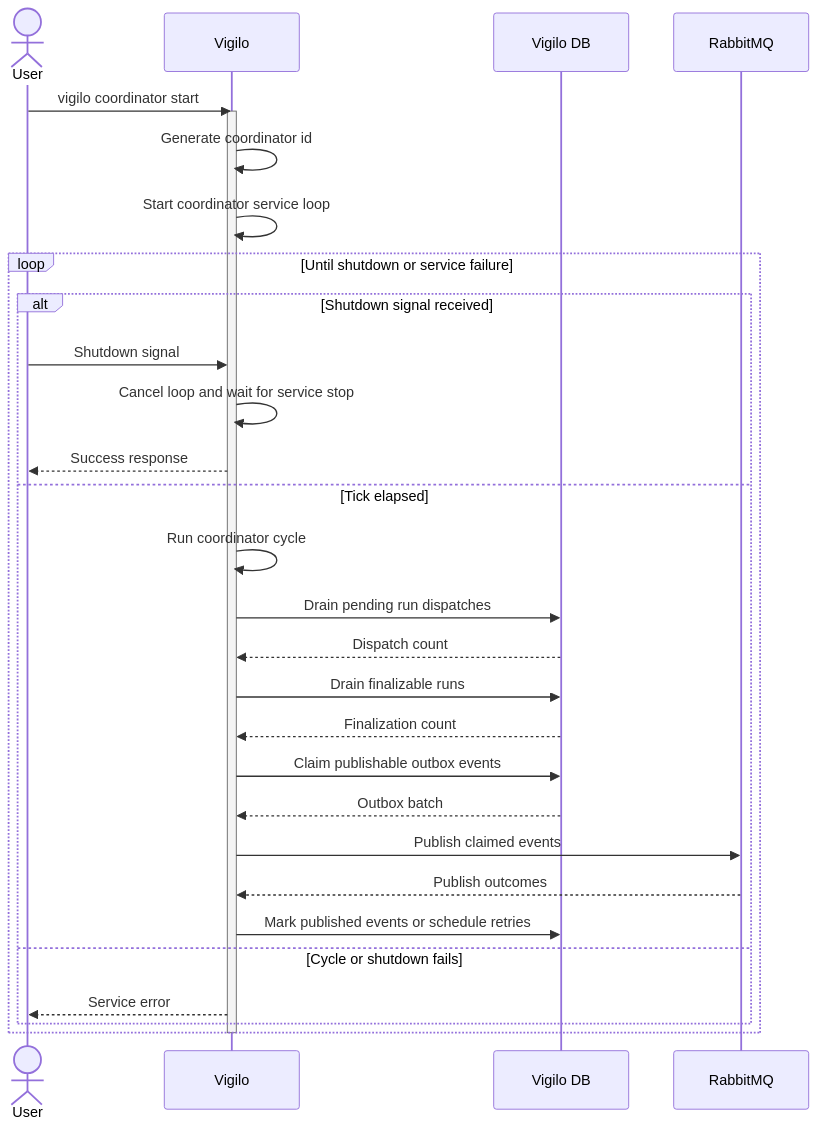
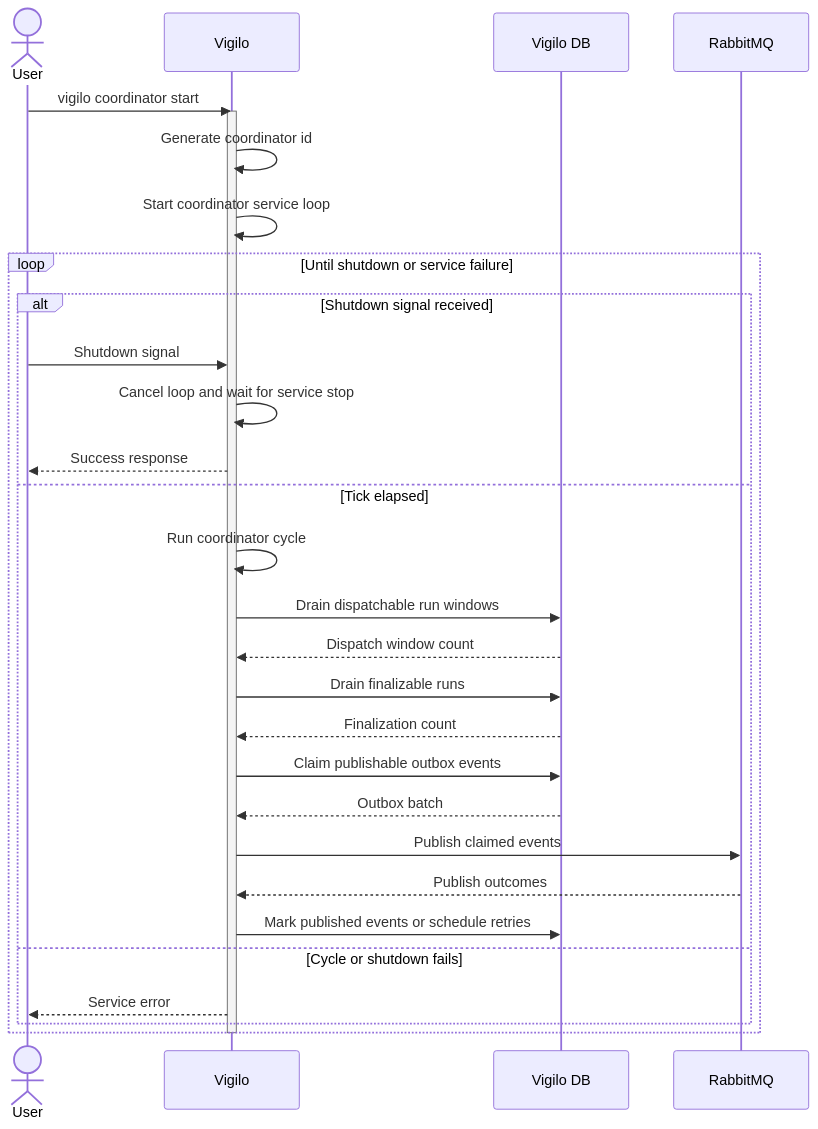
The diagram in web/docs/architecture/flows/coordinator/start/execution-flow.mmd (gregl83/agent-vigilo), drawn with Mermaid before and after one commit. The commit also changed 19 other files, not shown here.

```diff
--- a/web/docs/architecture/flows/coordinator/start/execution-flow.mmd
+++ b/web/docs/architecture/flows/coordinator/start/execution-flow.mmd
@@ -1,40 +1,40 @@
 ---
 config:
   flowchart:
     nodeSpacing: 150
     rankSpacing: 80
   themeVariables:
     edgeLabelBackground: 'transparent'
 ---
 sequenceDiagram
     actor User
     participant Vigilo
     participant DB as Vigilo DB
     participant Queue as RabbitMQ
 
     User->>Vigilo: vigilo coordinator start
     activate Vigilo
     Vigilo->>Vigilo: Generate coordinator id
     Vigilo->>Vigilo: Start coordinator service loop
 
     loop Until shutdown or service failure
         alt Shutdown signal received
             User->>Vigilo: Shutdown signal
             Vigilo->>Vigilo: Cancel loop and wait for service stop
             Vigilo-->>User: Success response
         else Tick elapsed
             Vigilo->>Vigilo: Run coordinator cycle
-            Vigilo->>DB: Drain pending run dispatches
-            DB-->>Vigilo: Dispatch count
+            Vigilo->>DB: Drain dispatchable run windows
+            DB-->>Vigilo: Dispatch window count
             Vigilo->>DB: Drain finalizable runs
             DB-->>Vigilo: Finalization count
             Vigilo->>DB: Claim publishable outbox events
             DB-->>Vigilo: Outbox batch
             Vigilo->>Queue: Publish claimed events
             Queue-->>Vigilo: Publish outcomes
             Vigilo->>DB: Mark published events or schedule retries
         else Cycle or shutdown fails
             Vigilo-->>User: Service error
         end
     end
     deactivate Vigilo
```
